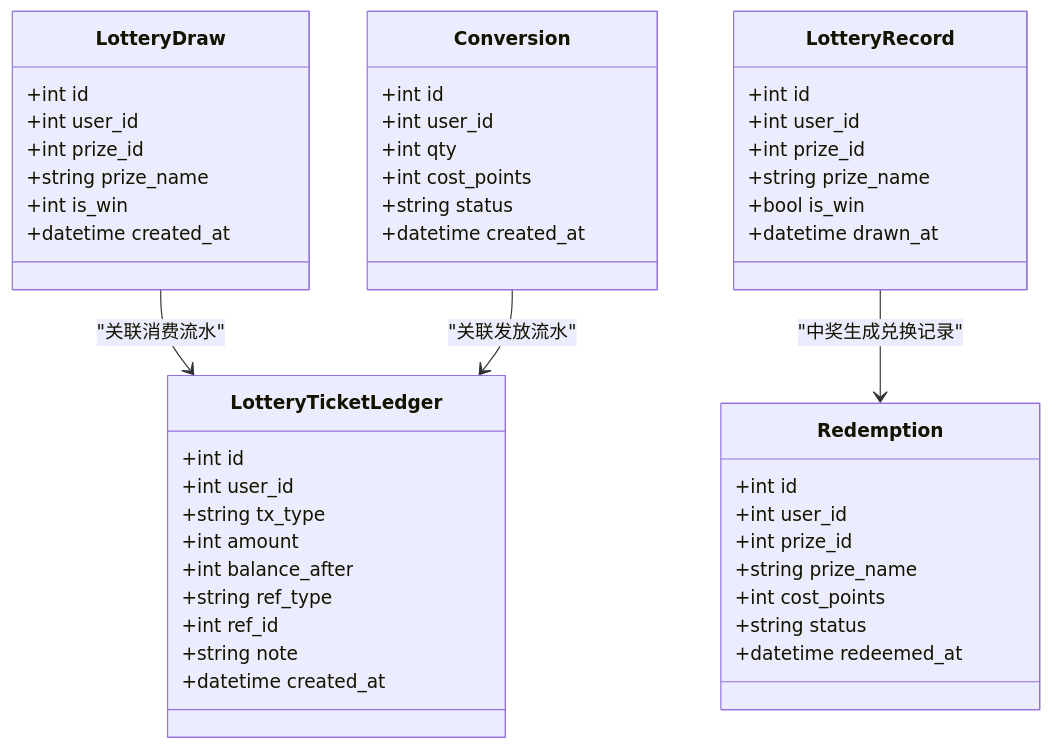
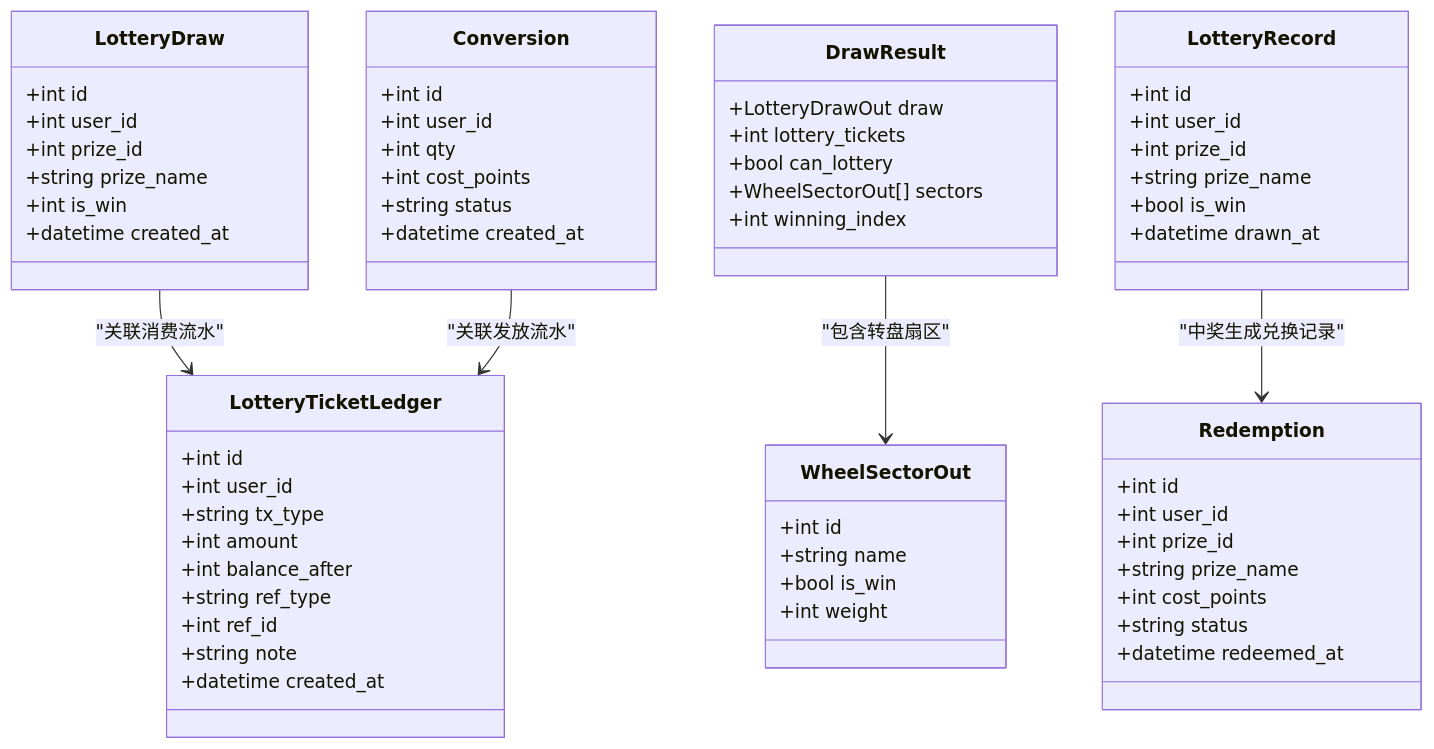
One commit to onebody/homework changed the fifth of 7 diagrams in .qoder/repowiki/zh/content/积分兑换系统/核心功能模块/抽奖系统.md. Above: the diagram before and after it, drawn with Mermaid. The commit also changed other lines of this file and 3 other files, not shown here.

````diff
--- a/.qoder/repowiki/zh/content/积分兑换系统/核心功能模块/抽奖系统.md
+++ b/.qoder/repowiki/zh/content/积分兑换系统/核心功能模块/抽奖系统.md
@@ -190,50 +239,64 @@
 ```mermaid
 classDiagram
 class LotteryDraw {
 +int id
 +int user_id
 +int prize_id
 +string prize_name
 +int is_win
 +datetime created_at
 }
 class LotteryTicketLedger {
 +int id
 +int user_id
 +string tx_type
 +int amount
 +int balance_after
 +string ref_type
 +int ref_id
 +string note
 +datetime created_at
 }
 class Conversion {
 +int id
 +int user_id
 +int qty
 +int cost_points
 +string status
 +datetime created_at
 }
+class WheelSectorOut {
++int id
++string name
++bool is_win
++int weight
+}
+class DrawResult {
++LotteryDrawOut draw
++int lottery_tickets
++bool can_lottery
++WheelSectorOut[] sectors
++int winning_index
+}
 class LotteryRecord {
 +int id
 +int user_id
 +int prize_id
 +string prize_name
 +bool is_win
 +datetime drawn_at
 }
 class Redemption {
 +int id
 +int user_id
 +int prize_id
 +string prize_name
 +int cost_points
 +string status
 +datetime redeemed_at
 }
 LotteryDraw --> LotteryTicketLedger : "关联消费流水"
 Conversion --> LotteryTicketLedger : "关联发放流水"
+DrawResult --> WheelSectorOut : "包含转盘扇区"
 LotteryRecord --> Redemption : "中奖生成兑换记录"
 ```
````
